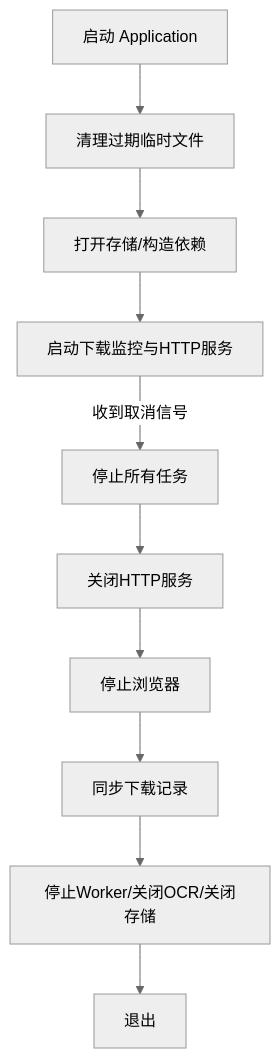
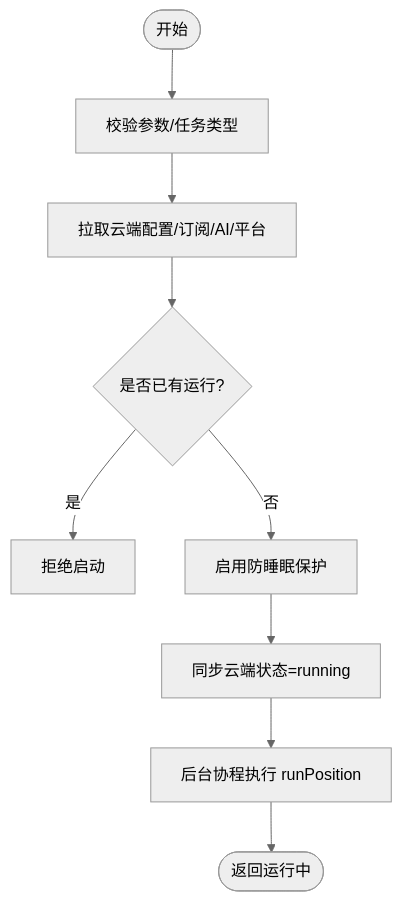
One commit to alvinwangzi/goodhr changed the third of 9 diagrams in .qoder/repowiki/zh/content/本地执行器/任务调度/生命周期管理.md. Above: the diagram before and after it, drawn with Mermaid (neutral theme). The commit also changed other lines of this file and 149 other files, not shown here.

````diff
--- a/.qoder/repowiki/zh/content/本地执行器/任务调度/生命周期管理.md
+++ b/.qoder/repowiki/zh/content/本地执行器/任务调度/生命周期管理.md
@@ -137,12 +143,11 @@
 ```mermaid
 flowchart TD
-S["启动 Application"] --> C["清理过期临时文件"]
-C --> O["打开存储/构造依赖"]
-O --> R["启动下载监控与HTTP服务"]
-R --> |收到取消信号| T["停止所有任务"]
-T --> H["关闭HTTP服务"]
-H --> B["停止浏览器"]
-B --> D["同步下载记录"]
-D --> W["停止Worker/关闭OCR/关闭存储"]
-W --> E["退出"]
+Start(["开始"]) --> V["校验参数/任务类型"]
+V --> Fetch["拉取云端配置/订阅/AI/平台"]
+Fetch --> Lock{"是否已有运行?"}
+Lock -- 是 --> Fail["拒绝启动"]
+Lock -- 否 --> Power["启用防睡眠保护"]
+Power --> SyncRun["同步云端状态=running"]
+SyncRun --> RunGo["后台协程执行 runPosition"]
+RunGo --> End(["返回运行中"])
 ```
````
